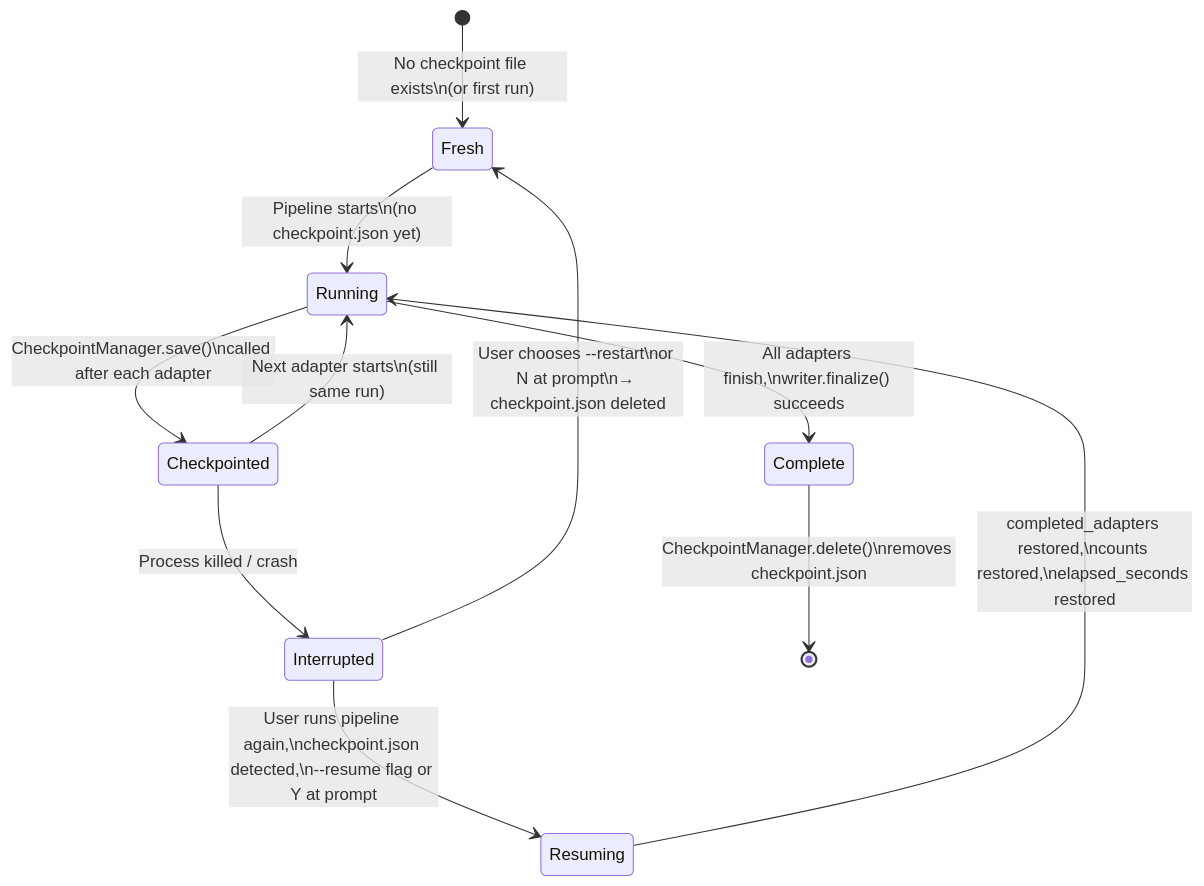
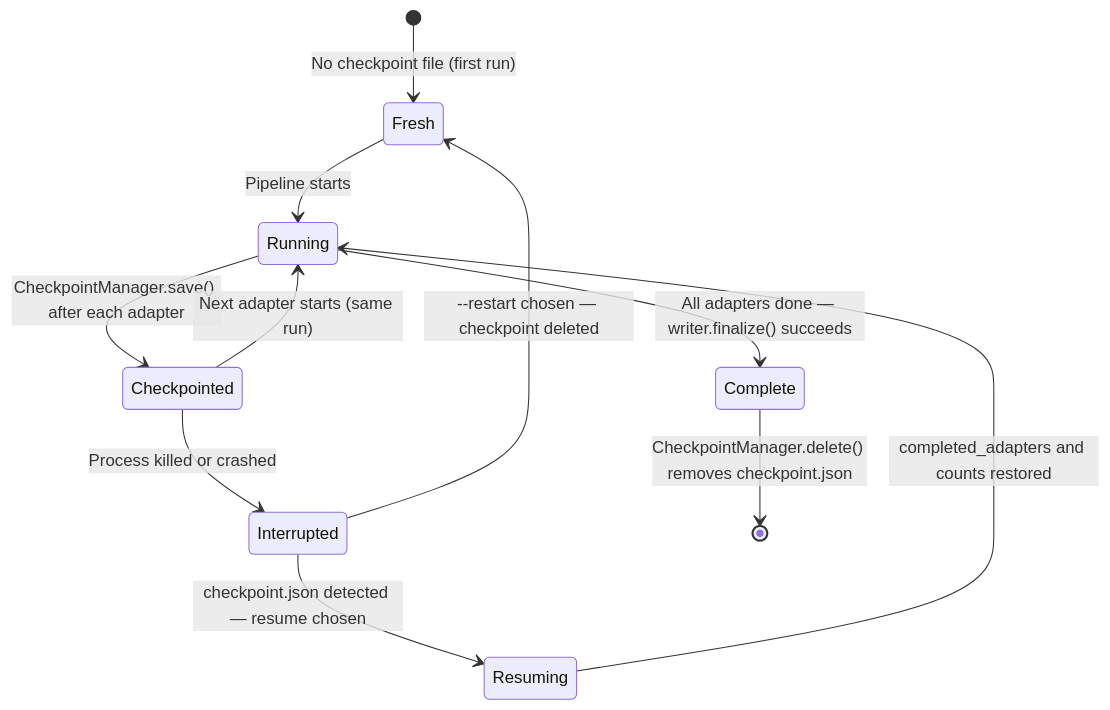
Before and after one commit to dawit-melka/biocypher-kg: the second of 6 diagrams in docs/architecture/data-flow.md, drawn with Mermaid. The commit also changed other lines of this file and 3 other files, not shown here.

Commit message:
docs: improve formatting and clarity in architecture and reference documentation

````diff
--- a/docs/architecture/data-flow.md
+++ b/docs/architecture/data-flow.md
@@ -99,22 +99,14 @@
 ```mermaid
 stateDiagram-v2
-    [*] --> Fresh: No checkpoint file exists\n(or first run)
-    
-    Fresh --> Running: Pipeline starts\n(no checkpoint.json yet)
-    
-    Running --> Checkpointed: CheckpointManager.save()\ncalled after each adapter
-    
-    Checkpointed --> Running: Next adapter starts\n(still same run)
-    
-    Checkpointed --> Interrupted: Process killed / crash
-    
-    Interrupted --> Resuming: User runs pipeline again,\ncheckpoint.json detected,\n--resume flag or Y at prompt
-    
-    Interrupted --> Fresh: User chooses --restart\nor N at prompt\n→ checkpoint.json deleted
-    
-    Resuming --> Running: completed_adapters restored,\ncounts restored,\nelapsed_seconds restored
-    
-    Running --> Complete: All adapters finish,\nwriter.finalize() succeeds
-    
-    Complete --> [*]: CheckpointManager.delete()\nremoves checkpoint.json
+    [*] --> Fresh : No checkpoint file (first run)
+
+    Fresh --> Running : Pipeline starts
+    Running --> Checkpointed : CheckpointManager.save() after each adapter
+    Checkpointed --> Running : Next adapter starts (same run)
+    Checkpointed --> Interrupted : Process killed or crashed
+    Interrupted --> Resuming : checkpoint.json detected — resume chosen
+    Interrupted --> Fresh : --restart chosen — checkpoint deleted
+    Resuming --> Running : completed_adapters and counts restored
+    Running --> Complete : All adapters done — writer.finalize() succeeds
+    Complete --> [*] : CheckpointManager.delete() removes checkpoint.json
 ```
````
